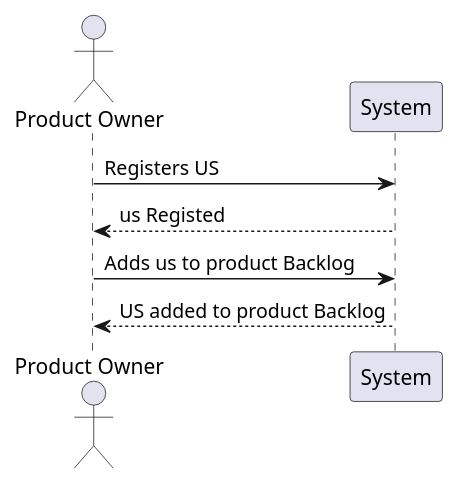
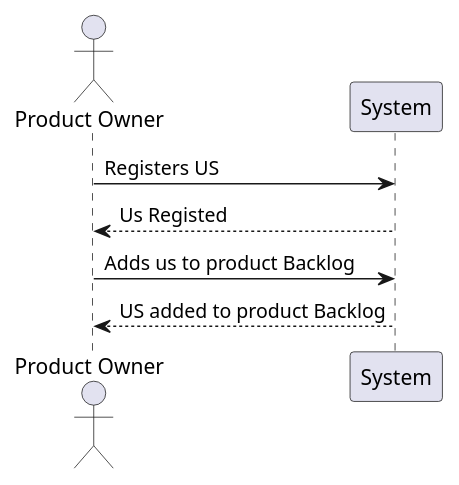
Before and after one commit to Loracline/project_switch_22-23: diagram 11 of 25 in docs/data_model/System Sequence Diagram.puml, drawn with PlantUML. The commit also changed other lines of this file, not shown here.

First line of the commit message:
[None US number]: [Project]: [System Sequence Diagram]

```diff
--- a/docs/data_model/System Sequence Diagram.puml
+++ b/docs/data_model/System Sequence Diagram.puml
@@ -119,7 +142,7 @@
 @startuml
 actor "Product Owner" as PO
 PO -> System: Registers US
-PO <-- System: us Registed
+PO <-- System: Us Registed
 PO -> System: Adds us to product Backlog
 PO <-- System: US added to product Backlog
 @enduml
```
